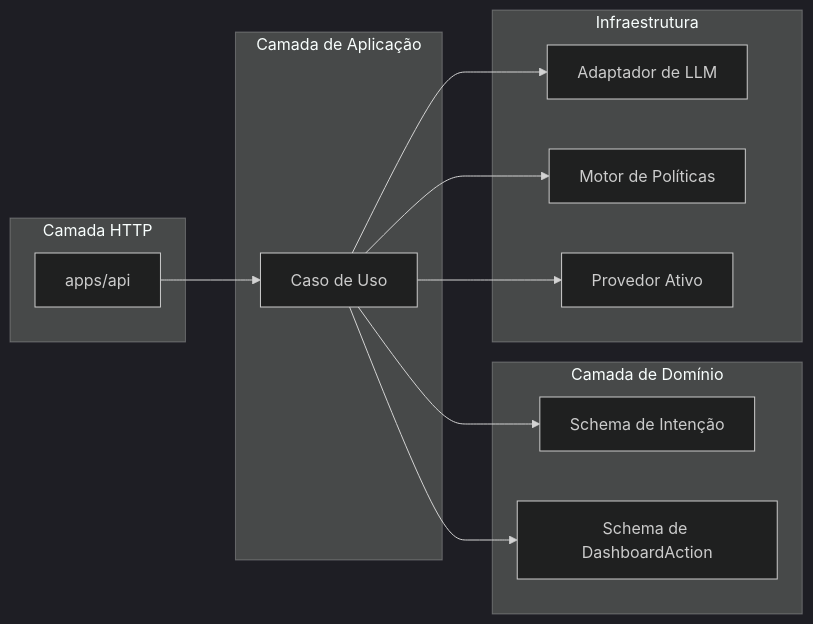
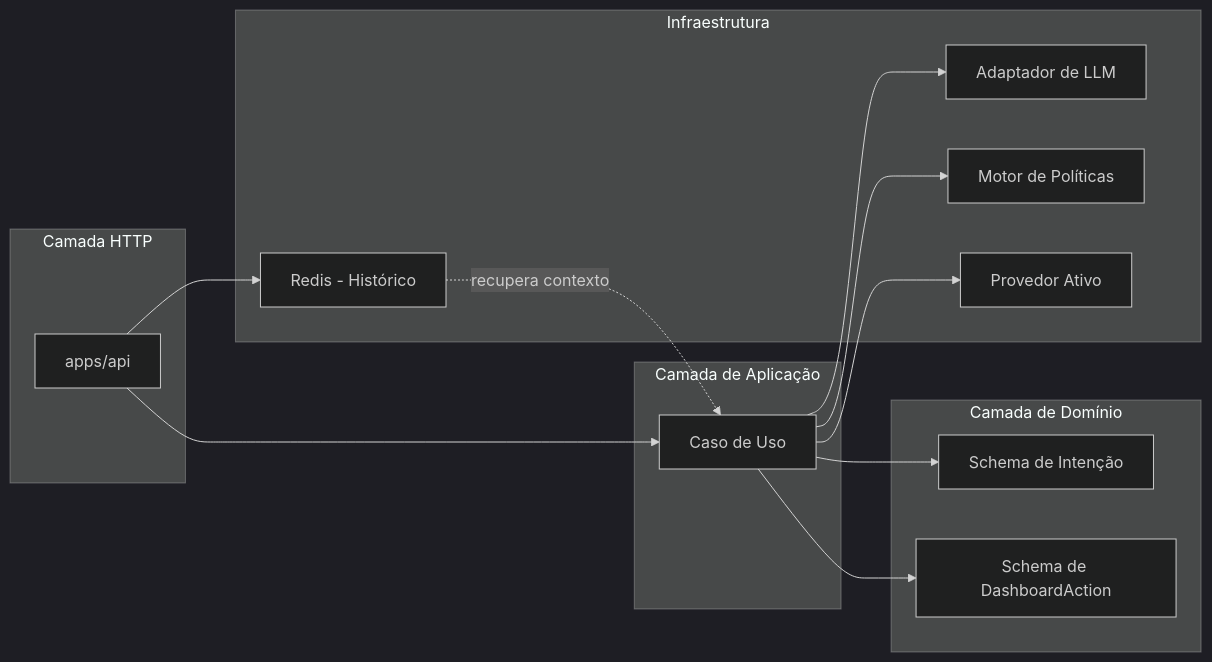
The third of 9 diagrams in docs/arquitetura.md (fernandesyuri33/chat-observatorio-turismo), drawn with Mermaid (dark theme) before and after one commit. The commit also changed other lines of this file and 18 other files, not shown here.

````diff
--- a/docs/arquitetura.md
+++ b/docs/arquitetura.md
@@ -71,29 +76,32 @@
 ```mermaid
 flowchart LR
 
 subgraph Camada HTTP
 A[apps/api]
 end
 
 subgraph Camada de Aplicação
 B[Caso de Uso]
 end
 
 subgraph Camada de Domínio
 C[Schema de Intenção]
 D[Schema de DashboardAction]
 end
 
 subgraph Infraestrutura
 E[Adaptador de LLM]
 F[Motor de Políticas]
 G[Provedor Ativo]
+H[Redis - Histórico]
 end
 
 A --> B
+A --> H
 B --> C
 B --> D
 B --> E
 B --> F
 B --> G
+H -.->|recupera contexto| B
 ```
````
